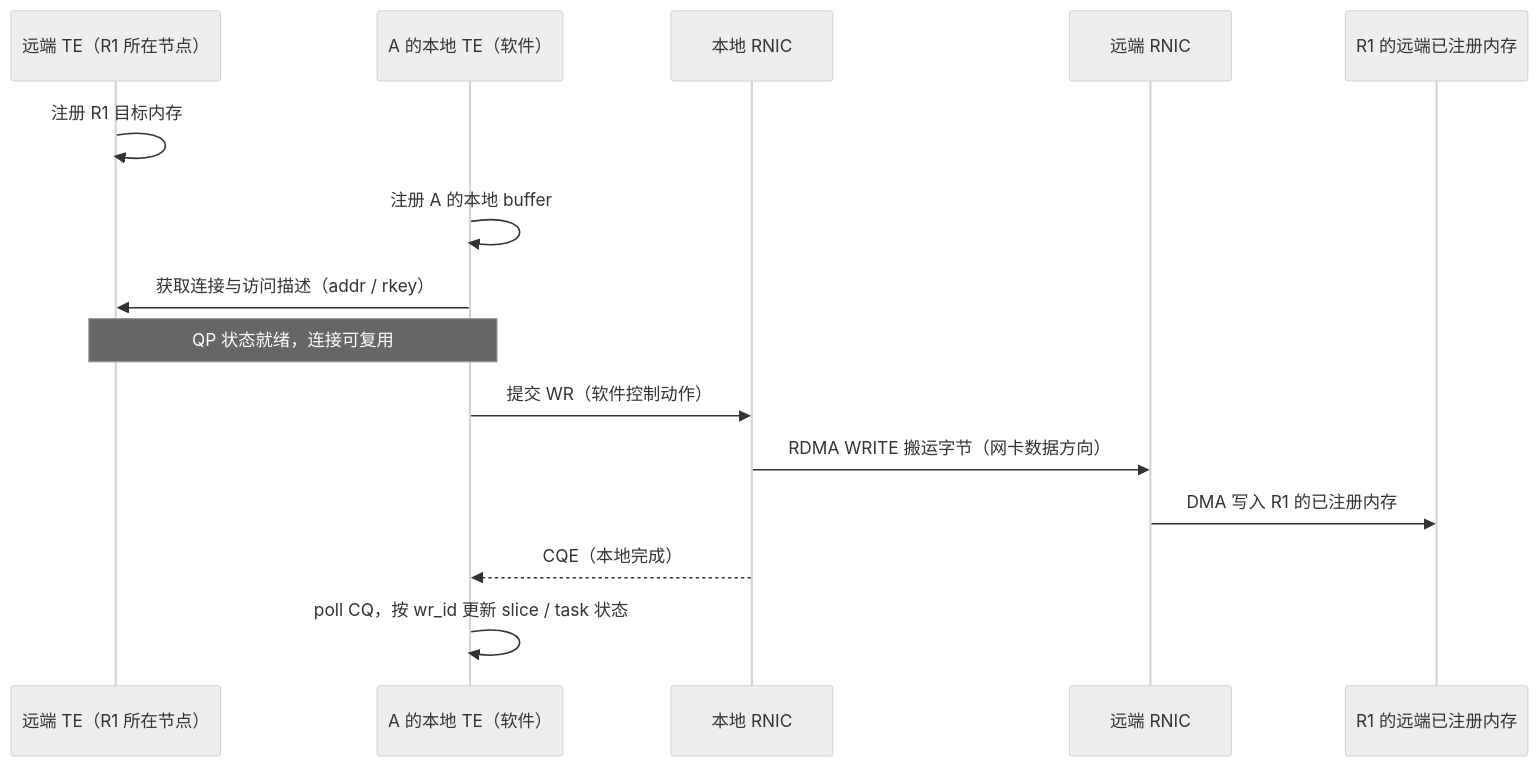
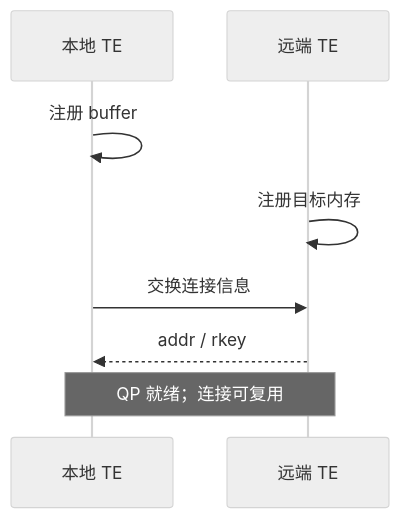
Before and after one commit to Hansyangxingxiang/Mooncake: the first of 2 diagrams in mooncake-kv-cache-series/wechat/07-rdma-data-path.md, drawn with Mermaid (neutral theme). The commit also changed other lines of this file and 66 other files, not shown here.

First line of the commit message:
[Docs] Refine WeChat KV cache diagrams and mobile publish artifacts

````diff
--- a/mooncake-kv-cache-series/wechat/07-rdma-data-path.md
+++ b/mooncake-kv-cache-series/wechat/07-rdma-data-path.md
@@ -25,17 +25,10 @@
 ```mermaid
 sequenceDiagram
-    participant RT as 远端 TE（R1 所在节点）
-    participant LT as A 的本地 TE（软件）
-    participant LR as 本地 RNIC
-    participant RR as 远端 RNIC
-    participant RM as R1 的远端已注册内存
-    RT->>RT: 注册 R1 目标内存
-    LT->>LT: 注册 A 的本地 buffer
-    LT->>RT: 获取连接与访问描述（addr / rkey）
-    Note over LT,RT: QP 状态就绪，连接可复用
-    LT->>LR: 提交 WR（软件控制动作）
-    LR->>RR: RDMA WRITE 搬运字节（网卡数据方向）
-    RR->>RM: DMA 写入 R1 的已注册内存
-    LR-->>LT: CQE（本地完成）
-    LT->>LT: poll CQ，按 wr_id 更新 slice / task 状态
+    participant L as 本地 TE
+    participant R as 远端 TE
+    L->>L: 注册 buffer
+    R->>R: 注册目标内存
+    L->>R: 交换连接信息
+    R-->>L: addr / rkey
+    Note over L,R: QP 就绪；连接可复用
 ```
````
